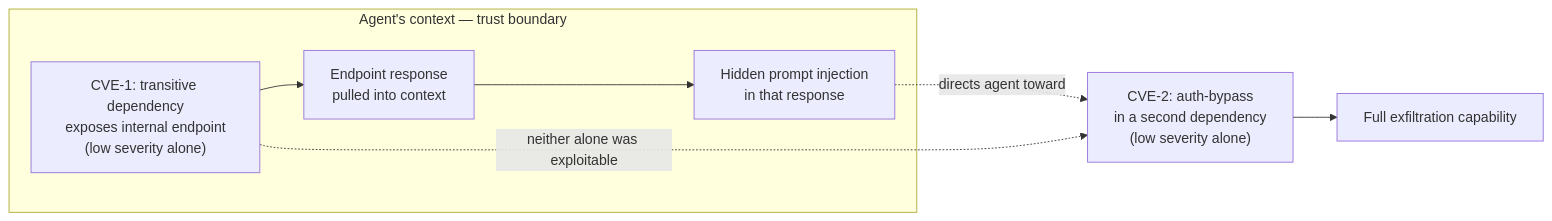
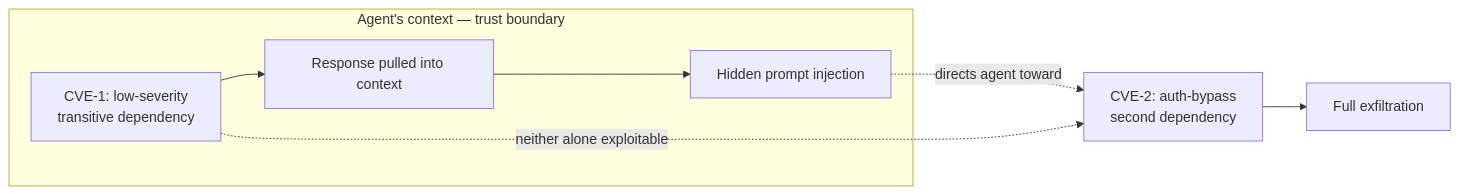
One commit to jh125486/presentations changed the seventh of 8 diagrams in UNT/dark_factory.md. Above: the diagram before and after it, drawn with Mermaid. The commit also changed other lines of this file, not shown here.

First line of the commit message:
make dark factory deck conform to pdf2qti's slide schema

````diff
--- a/UNT/dark_factory.md
+++ b/UNT/dark_factory.md
@@ -424,12 +421,12 @@
 ```mermaid
 flowchart LR
   subgraph CTX["Agent's context — trust boundary"]
-    CVE1["CVE-1: transitive dependency<br/>exposes internal endpoint<br/>(low severity alone)"]
-    RESP["Endpoint response<br/>pulled into context"]
-    INJ["Hidden prompt injection<br/>in that response"]
+    CVE1["CVE-1: low-severity<br/>transitive dependency"]
+    RESP["Response pulled into context"]
+    INJ["Hidden prompt injection"]
   end
   CVE1 --> RESP --> INJ
-  INJ -.->|directs agent toward| CVE2["CVE-2: auth-bypass<br/>in a second dependency<br/>(low severity alone)"]
-  CVE1 -.->|neither alone was exploitable| CVE2
-  CVE2 --> EXFIL["Full exfiltration capability"]
+  INJ -.->|directs agent toward| CVE2["CVE-2: auth-bypass<br/>second dependency"]
+  CVE1 -.->|neither alone exploitable| CVE2
+  CVE2 --> EXFIL["Full exfiltration"]
 ```
````
